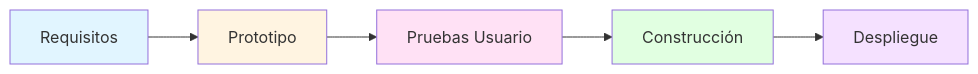
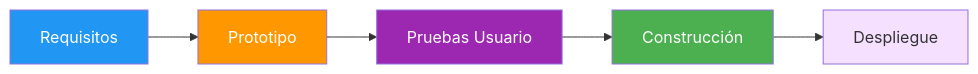
One commit to joseluisgs/EntornosDesarrollo-01-2026-2027 changed the third of 4 diagrams in 07-herramientas-apoyo.md. Above: the diagram before and after it, drawn with Mermaid. The commit also changed other lines of this file and 9 other files, not shown here.

Commit message:
[fix] Mejoras didácticas y corrección de colores Mermaid en UD01

````diff
--- a/07-herramientas-apoyo.md
+++ b/07-herramientas-apoyo.md
@@ -120,13 +120,13 @@
 ```mermaid
 graph LR
     A[Requisitos] --> B[Prototipo]
     B --> C[Pruebas Usuario]
     C --> D[Construcción]
     D --> E[Despliegue]
 
-    style A fill:#e1f5ff
-    style B fill:#fff4e1
-    style C fill:#ffe1f5
-    style D fill:#e1ffe1
+    style A fill:#2196F3,color:#fff
+    style B fill:#FF9800,color:#fff
+    style C fill:#9C27B0,color:#fff
+    style D fill:#4CAF50,color:#fff
     style E fill:#f5e1ff
 ```
````
